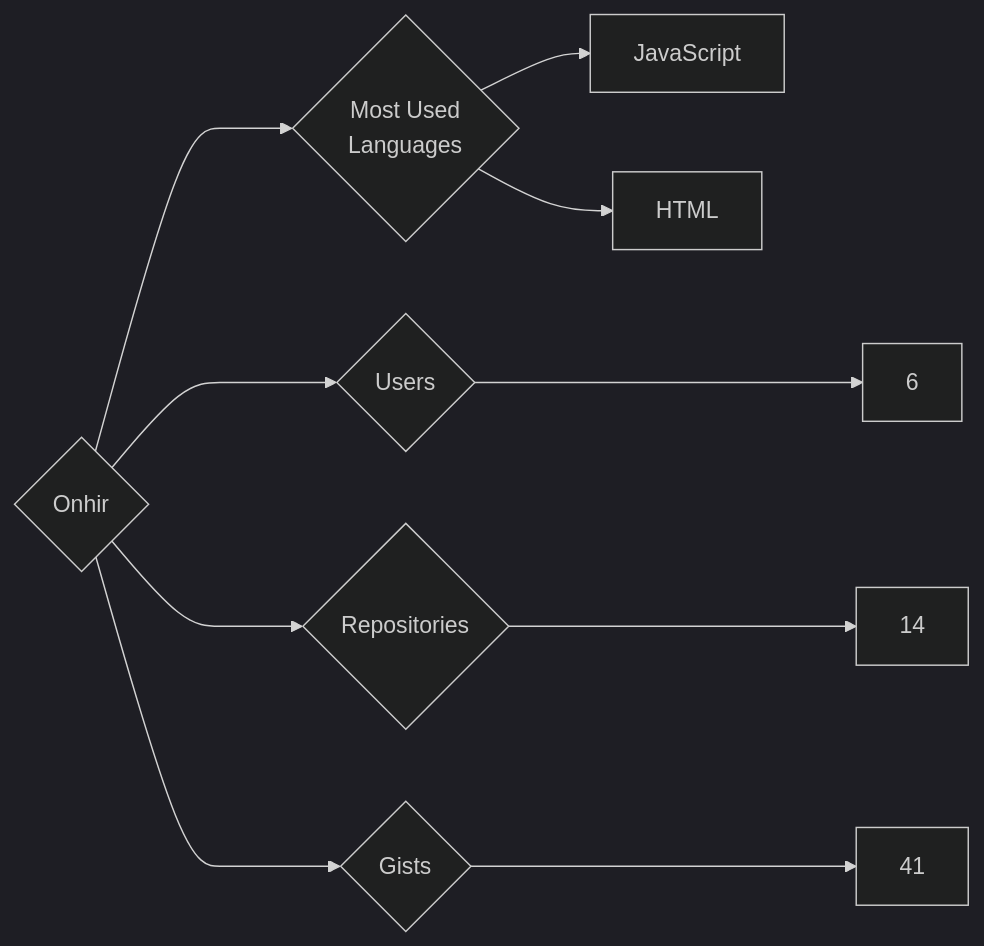
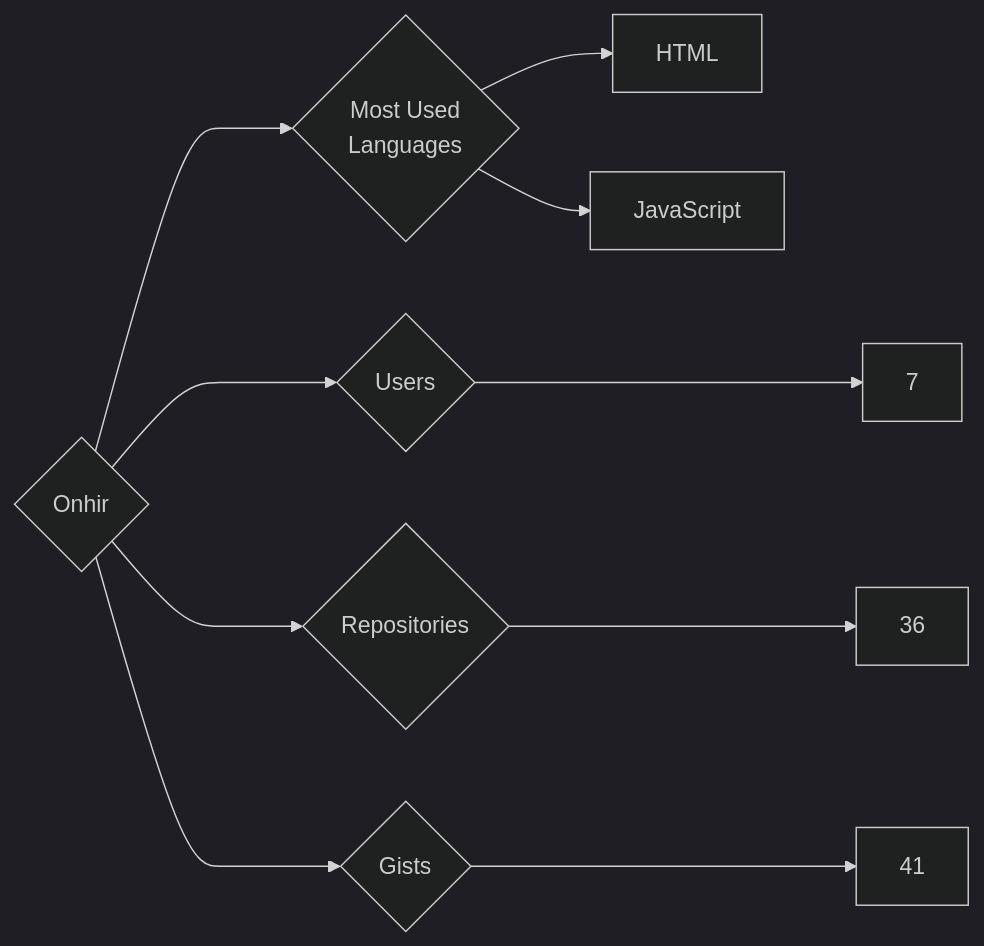
One commit to trickest/insiders changed the diagram in targets/Onhir/README.md. Above: the diagram before and after it, drawn with Mermaid (dark theme). The commit also changed 1484 other files, not shown here.

````diff
--- a/targets/Onhir/README.md
+++ b/targets/Onhir/README.md
@@ -3,10 +3,10 @@
 ```mermaid
 graph LR
 COMPANY_NAME{Onhir}
-COMPANY_NAME ---> U{Users} ---> UN[6]
-COMPANY_NAME ---> R{Repositories} ---> RN[14]
+COMPANY_NAME ---> U{Users} ---> UN[7]
+COMPANY_NAME ---> R{Repositories} ---> RN[36]
 COMPANY_NAME ---> G{Gists} ---> GN[41]
 COMPANY_NAME ---> ML{Most Used<br>Languages}
+ML --> HTML[HTML]
 ML --> JavaScript[JavaScript]
-ML --> HTML[HTML]
 ```
````
